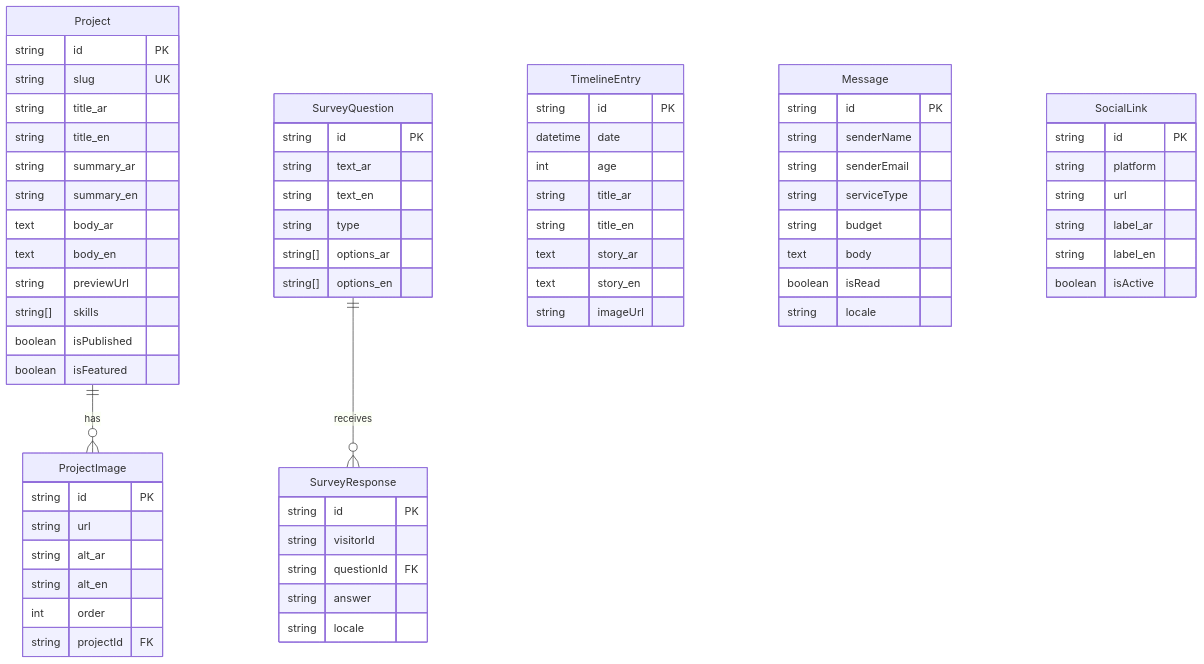
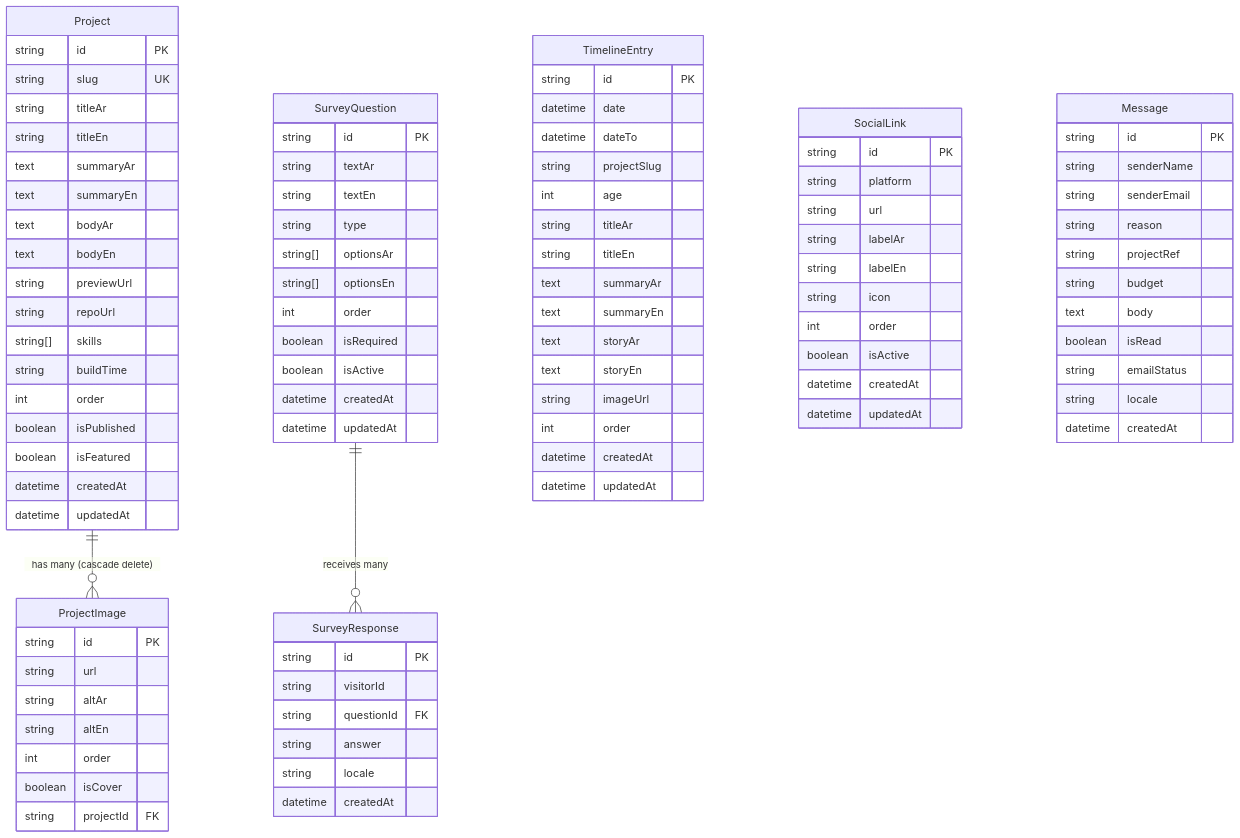
The third of 3 diagrams in docs/02-SYSTEM-ARCHITECTURE.md (Abdullah931-stack/Abdullah-me), drawn with Mermaid before and after one commit. The commit also changed other lines of this file and 61 other files, not shown here.

````diff
--- a/docs/02-SYSTEM-ARCHITECTURE.md
+++ b/docs/02-SYSTEM-ARCHITECTURE.md
@@ -344,50 +376,81 @@
 ```mermaid
 erDiagram
-    Project ||--o{ ProjectImage : has
-    SurveyQuestion ||--o{ SurveyResponse : receives
+    Project ||--o{ ProjectImage : "has many (cascade delete)"
+    SurveyQuestion ||--o{ SurveyResponse : "receives many"
 
     Project {
         string id PK
         string slug UK
-        string title_ar
-        string title_en
-        string summary_ar
-        string summary_en
-        text body_ar
-        text body_en
+        string titleAr
+        string titleEn
+        text summaryAr
+        text summaryEn
+        text bodyAr
+        text bodyEn
         string previewUrl
+        string repoUrl
         string[] skills
+        string buildTime
+        int order
         boolean isPublished
         boolean isFeatured
+        datetime createdAt
+        datetime updatedAt
     }
 
     ProjectImage {
         string id PK
         string url
-        string alt_ar
-        string alt_en
+        string altAr
+        string altEn
         int order
+        boolean isCover
         string projectId FK
     }
 
     TimelineEntry {
         string id PK
         datetime date
+        datetime dateTo
+        string projectSlug
         int age
-        string title_ar
-        string title_en
-        text story_ar
-        text story_en
+        string titleAr
+        string titleEn
+        text summaryAr
+        text summaryEn
+        text storyAr
+        text storyEn
         string imageUrl
+        int order
+        datetime createdAt
+        datetime updatedAt
+    }
+
+    SocialLink {
+        string id PK
+        string platform
+        string url
+        string labelAr
+        string labelEn
+        string icon
+        int order
+        boolean isActive
+        datetime createdAt
+        datetime updatedAt
     }
 
     SurveyQuestion {
         string id PK
-        string text_ar
-        string text_en
+        string textAr
+        string textEn
         string type
-        string[] options_ar
-        string[] options_en
+        string[] optionsAr
+        string[] optionsEn
+        int order
+        boolean isRequired
+        boolean isActive
+        datetime createdAt
+        datetime updatedAt
     }
 
     SurveyResponse {
@@ -396,25 +459,20 @@
         string questionId FK
         string answer
         string locale
+        datetime createdAt
     }
 
     Message {
         string id PK
         string senderName
         string senderEmail
-        string serviceType
+        string reason
+        string projectRef
         string budget
         text body
         boolean isRead
+        string emailStatus
         string locale
-    }
-
-    SocialLink {
-        string id PK
-        string platform
-        string url
-        string label_ar
-        string label_en
-        boolean isActive
+        datetime createdAt
     }
 ```
````
